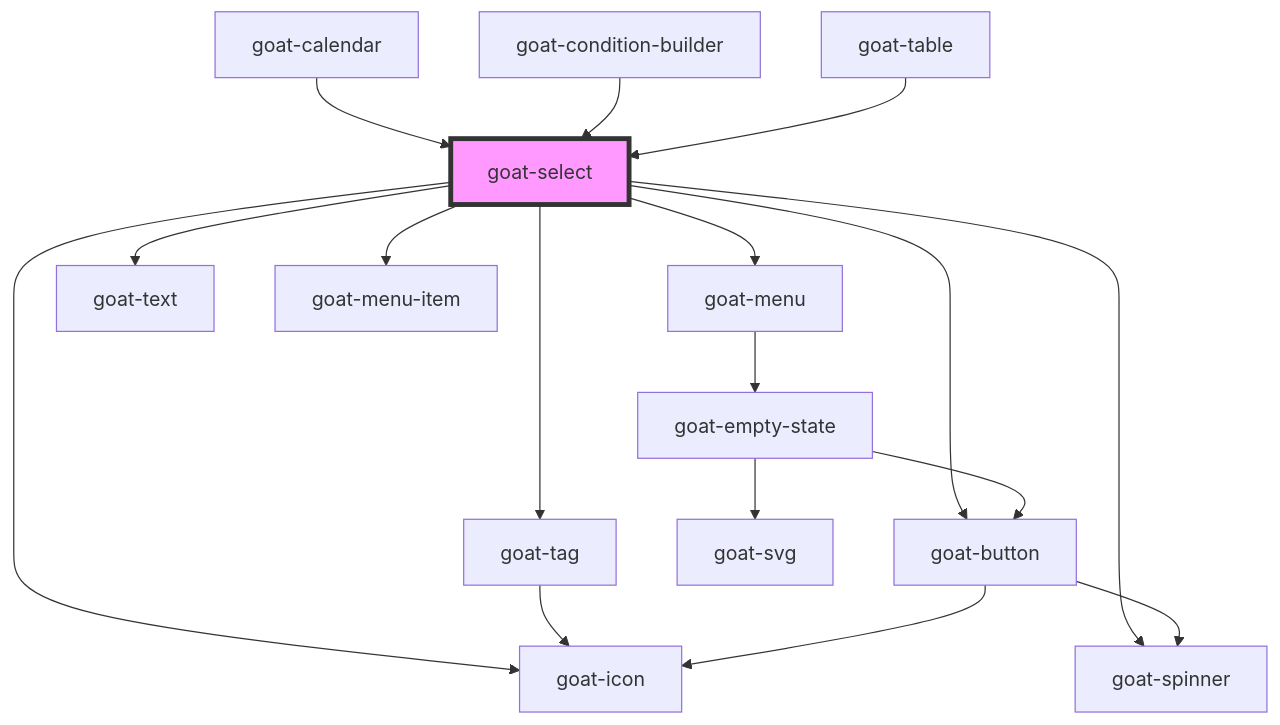
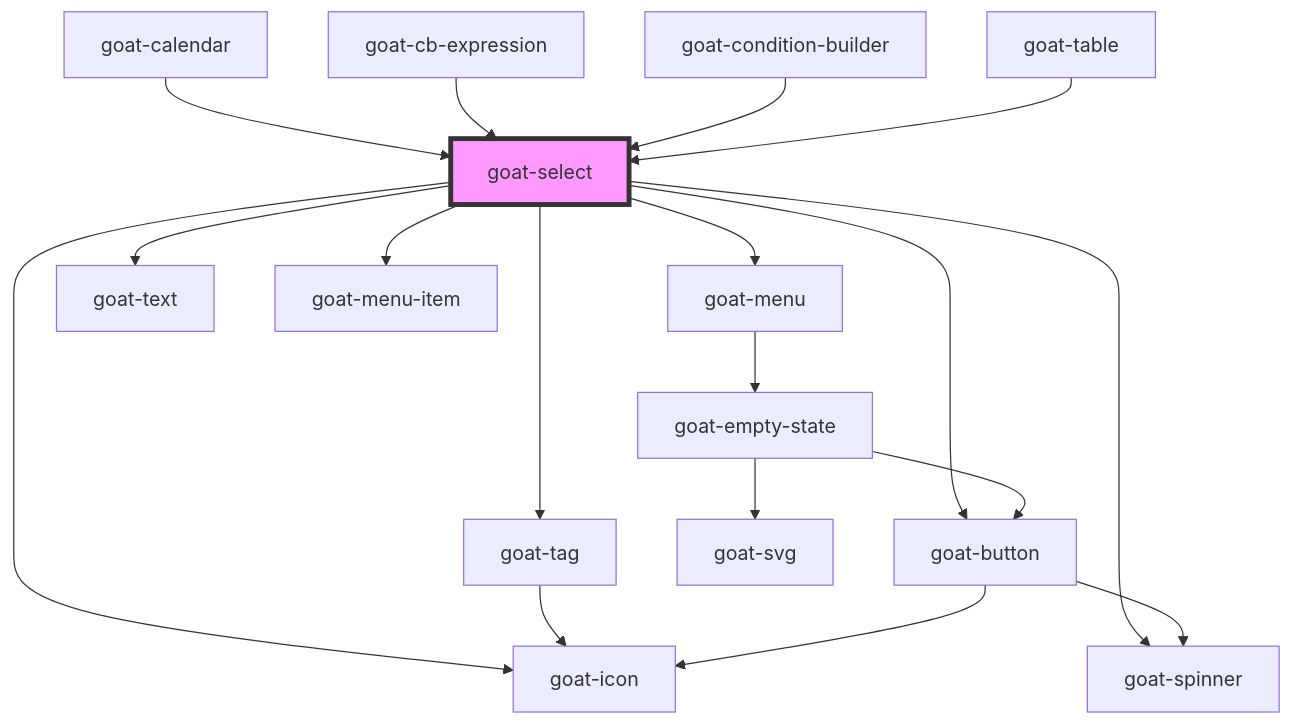
Before and after one commit to goatui/components: the diagram in src/components/data-entry/select/readme.md, drawn with Mermaid. The commit also changed other lines of this file and 23 other files, not shown here.

````diff
--- a/src/components/data-entry/select/readme.md
+++ b/src/components/data-entry/select/readme.md
@@ -96,20 +97,21 @@
 ```mermaid
 graph TD;
   goat-select --> goat-icon
   goat-select --> goat-tag
   goat-select --> goat-button
   goat-select --> goat-spinner
   goat-select --> goat-menu
   goat-select --> goat-text
   goat-select --> goat-menu-item
   goat-tag --> goat-icon
   goat-button --> goat-icon
   goat-button --> goat-spinner
   goat-menu --> goat-empty-state
   goat-empty-state --> goat-svg
   goat-empty-state --> goat-button
   goat-calendar --> goat-select
+  goat-cb-expression --> goat-select
   goat-condition-builder --> goat-select
   goat-table --> goat-select
   style goat-select fill:#f9f,stroke:#333,stroke-width:4px
 ```
````
